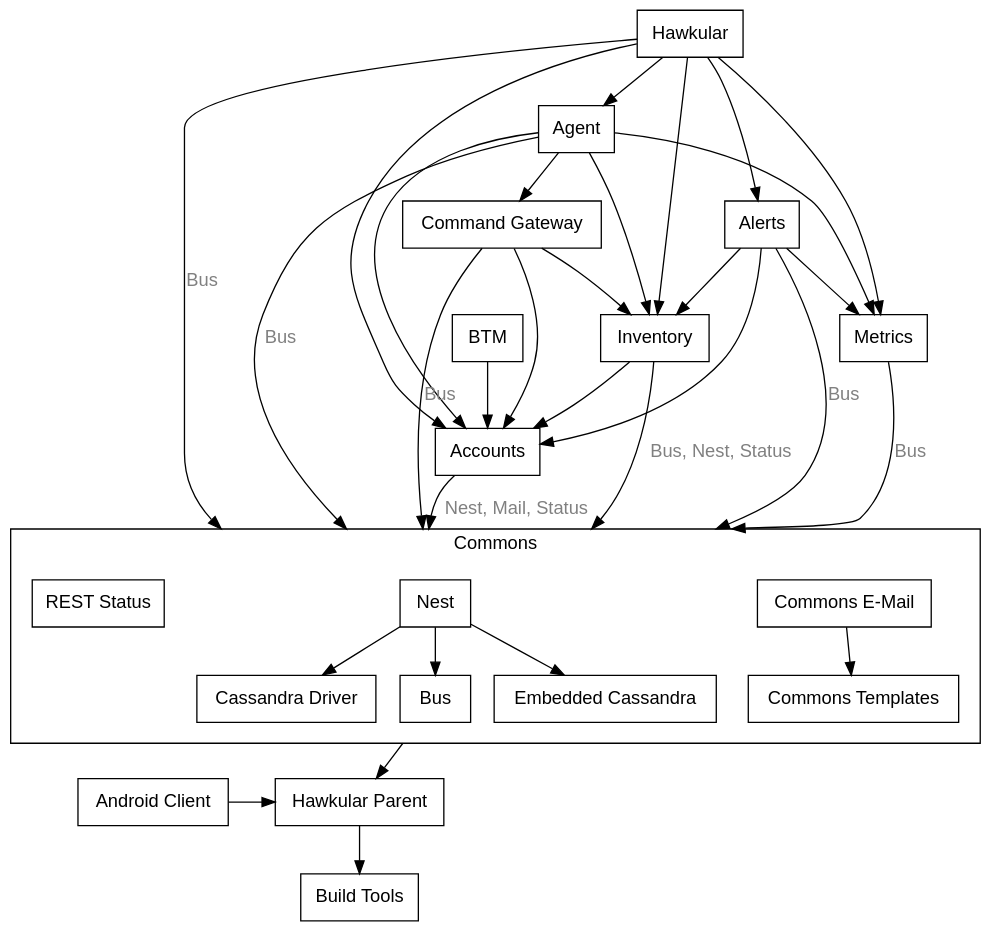
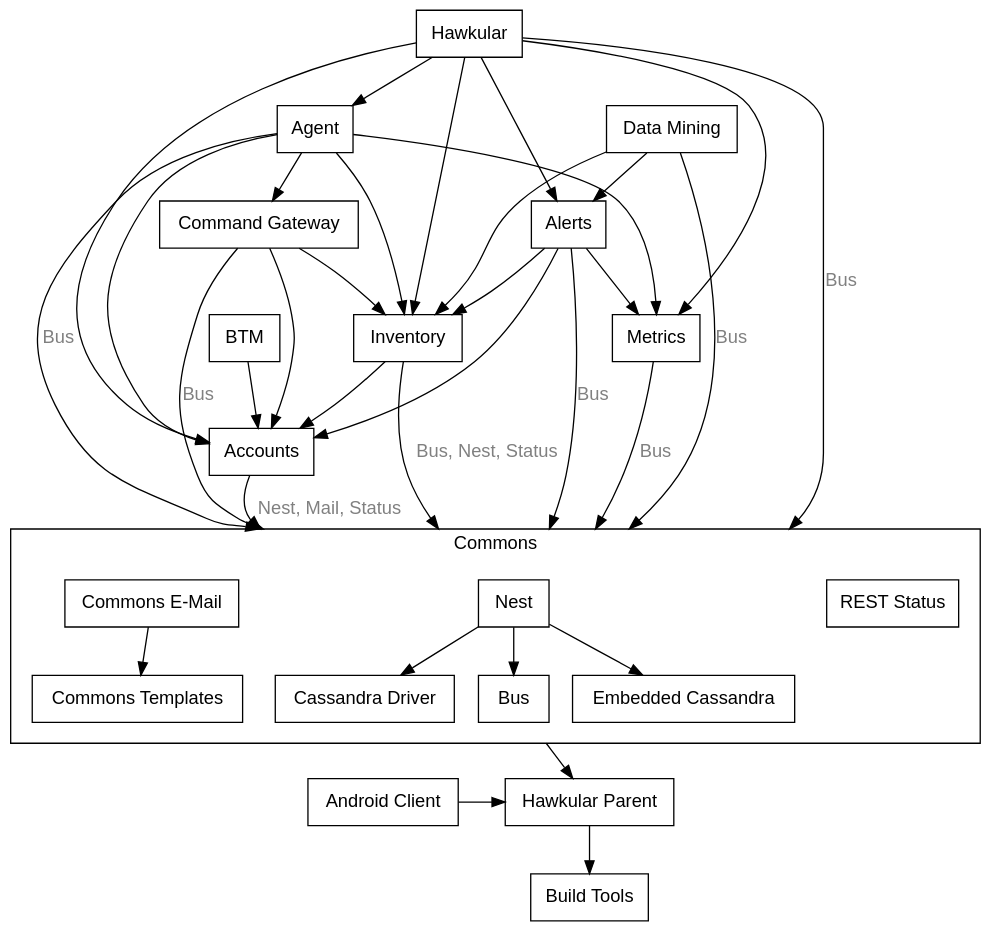
One commit to hawkular/hawkular.github.io changed the diagram in src/main/manually-generated/assets/img/docs/dev/components-dependencies.dot. Above: the diagram before and after it, drawn with Graphviz. The commit also changed 1 other file, not shown here.

Commit message:
Data mining dependencies

```diff
--- a/src/main/manually-generated/assets/img/docs/dev/components-dependencies.dot
+++ b/src/main/manually-generated/assets/img/docs/dev/components-dependencies.dot
@@ -1,107 +1,112 @@
 // Hawkular Component Dependencies
 // build with
 // cd src/main
 // dot -Tsvg manually-generated/assets/img/docs/dev/components-dependencies.dot -o jbake/assets/img/docs/dev/components-dependencies.svg
 
 digraph {
     compound=true
     newrank=true
     graph [bgcolor="transparent" fontname="helvetica"]
     node [fontname = "helvetica" shape=box]
     edge [fontname = "helvetica"]
 
     "Hawkular"
     "Accounts"
     "Agent"
     "Alerts"
     "BTM"
     "Build Tools"
     "Command Gateway"
 
     // commons
 
     "Inventory"
     "Metrics"
     "Hawkular Parent"
     "Android Client"
+    "Data Mining"
 
     // parent
     "Hawkular Parent" -> "Build Tools"
 
     subgraph cluster_commons {
         label="Commons"
 
         subgraph cluster_status {
             label=""
             style="invis"
             "REST Status"
         }
 
         subgraph cluster_nest {
             label=""
             style="invis"
             "Nest" -> { "Bus" "Embedded Cassandra" "Cassandra Driver" }
         }
 
         subgraph cluster_email {
             label=""
             style="invis"
             "Commons E-Mail" -> "Commons Templates"
         }
     }
     "Bus" -> "Hawkular Parent" [ltail=cluster_commons]
     { "Cassandra Driver" "Embedded Cassandra" "REST Status" } -> "Hawkular Parent" [style="invis"] // invisible edges for better layout
 
     // all components depend on parent
     "Android Client" -> "Hawkular Parent"
 
     // Hawkular direct deps
     "Hawkular" -> "Accounts"
     "Hawkular" -> "Agent"
     "Hawkular" -> "Alerts"
     "Hawkular" -> "Nest" [lhead=cluster_commons label="Bus" fontcolor="grey"]
     "Hawkular" -> "Inventory"
     "Hawkular" -> "Metrics"
 
     // Accounts direct deps
     "Accounts" -> "Nest" [lhead=cluster_commons label="Nest, Mail, Status" fontcolor="grey"]
     "Accounts" -> { "Commons E-Mail" "REST Status" } [style="invis"] // invisible edges for better layout
 
     // agent direct deps
     "Agent" -> "Command Gateway"
     "Agent" -> "Nest" [lhead=cluster_commons label="Bus" fontcolor="grey"]
     "Agent" -> "Inventory"
     "Agent" -> "Metrics"
     "Agent" -> "Accounts"
 
     // alerts direct deps
     "Alerts" -> "Accounts"
     "Alerts" -> "Metrics"
     "Alerts" -> "Inventory"
     "Alerts" -> "Nest" [lhead=cluster_commons label="Bus" fontcolor="grey"]
 
     // btm direct deps
     "BTM" -> "Accounts"
 
     // command-gateway direct deps
     "Command Gateway" -> "Accounts"
     "Command Gateway" -> "Nest" [lhead=cluster_commons label="Bus" fontcolor="grey"]
     "Command Gateway" -> "Inventory"
 
+    // datamining direct deps
+    "Data Mining" -> "Inventory"
+    "Data Mining" -> "Alerts"
+    "Data Mining" -> "Nest" [lhead=cluster_commons label="Bus" fontcolor="grey"]
 
     // inventory direct deps
     "Inventory" -> "Accounts"
     "Inventory" -> "Nest" [lhead=cluster_commons label="Bus, Nest, Status" fontcolor="grey"]
 
     // metrics
     "Metrics" -> "Nest" [lhead=cluster_commons label="Bus" fontcolor="grey"]
 
     // layout
     { rank=same "Build Tools" }
     { rank=same "Hawkular Parent" "Android Client" }
     { rank=same "Bus" "Embedded Cassandra" "Cassandra Driver" "Commons Templates" }
     { rank=same "Nest" "REST Status" "Commons E-Mail" }
     { rank=same "Accounts" }
 
 
 }
```
